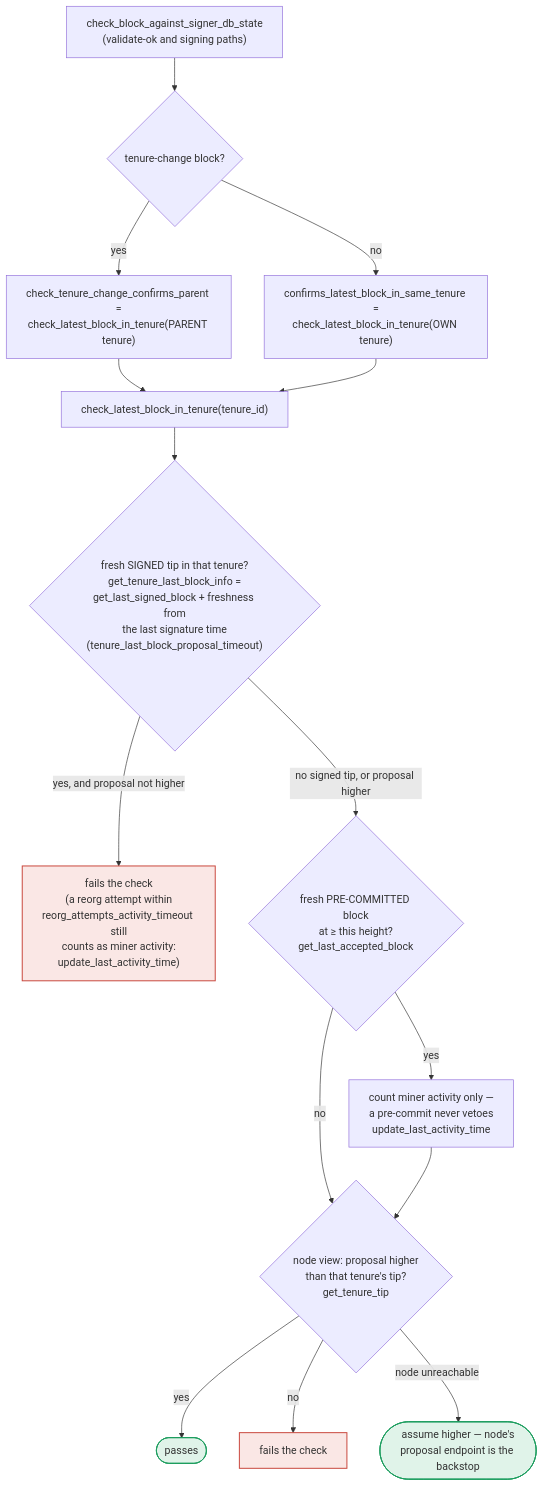
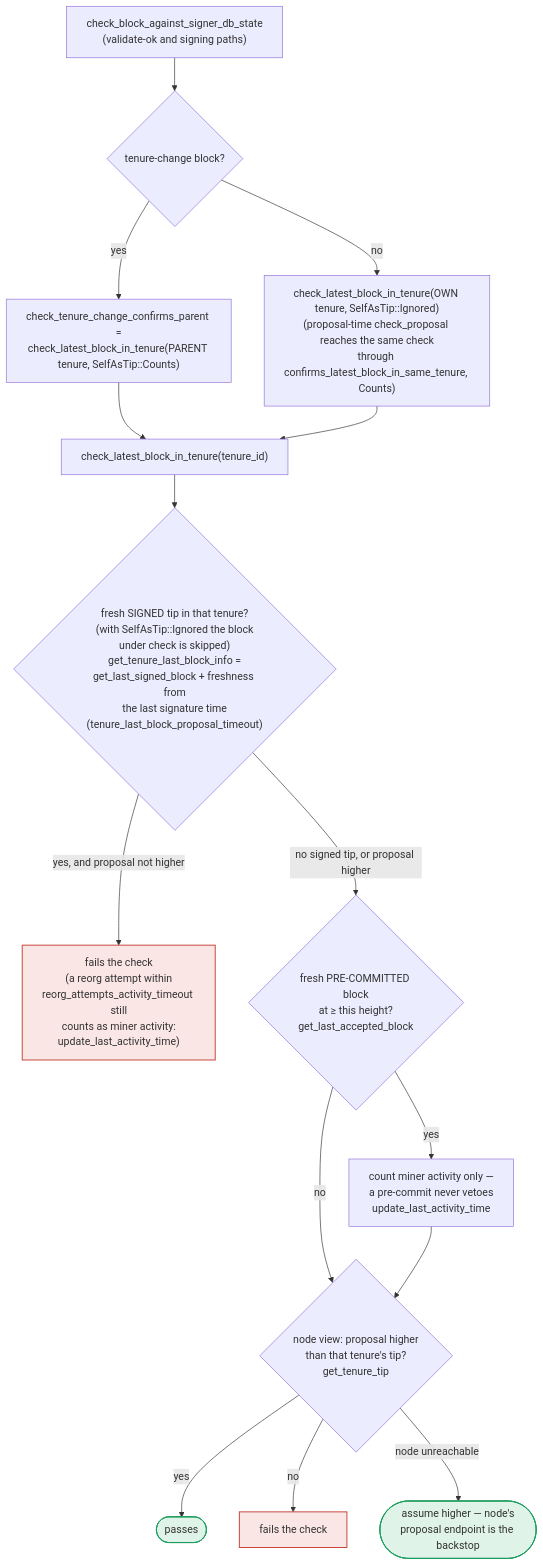
One commit to stacks-network/stacks-core changed the eighth of 9 diagrams in docs/signer-flows.md. Above: the diagram before and after it, drawn with Mermaid. The commit also changed other lines of this file and 5 other files, not shown here.

Commit message:
fix(signer): let a late signer sign a group-signed block instead of rejecting it as a reorg of itself

````diff
--- a/docs/signer-flows.md
+++ b/docs/signer-flows.md
@@ -461,19 +472,19 @@
 ```mermaid
 flowchart TB
     IN["check_block_against_signer_db_state<br/>(validate-ok and signing paths)"] --> TC{"tenure-change block?"}
-    TC -- yes --> PARENT["check_tenure_change_confirms_parent =<br/>check_latest_block_in_tenure(PARENT tenure)"]
-    TC -- no --> SAME["confirms_latest_block_in_same_tenure =<br/>check_latest_block_in_tenure(OWN tenure)"]
+    TC -- yes --> PARENT["check_tenure_change_confirms_parent =<br/>check_latest_block_in_tenure(PARENT tenure, SelfAsTip::Counts)"]
+    TC -- no --> SAME["check_latest_block_in_tenure(OWN tenure, SelfAsTip::Ignored)<br/>(proposal-time check_proposal reaches the same check<br/>through confirms_latest_block_in_same_tenure, Counts)"]
     PARENT --> CLB
     SAME --> CLB["check_latest_block_in_tenure(tenure_id)"]
-    CLB --> LSB{"fresh SIGNED tip in that tenure?<br/>get_tenure_last_block_info =<br/>get_last_signed_block + freshness from<br/>the last signature time<br/>(tenure_last_block_proposal_timeout)"}
+    CLB --> LSB{"fresh SIGNED tip in that tenure?<br/>(with SelfAsTip::Ignored the block<br/>under check is skipped)<br/>get_tenure_last_block_info =<br/>get_last_signed_block + freshness from<br/>the last signature time<br/>(tenure_last_block_proposal_timeout)"}
     LSB -- "yes, and proposal not higher" --> RA["fails the check<br/>(a reorg attempt within<br/>reorg_attempts_activity_timeout still<br/>counts as miner activity:<br/>update_last_activity_time)"]:::bad
     LSB -- "no signed tip, or proposal higher" --> CARVE{"fresh PRE-COMMITTED block<br/>at ≥ this height?<br/>get_last_accepted_block"}
     CARVE -- yes --> ACT["count miner activity only —<br/>a pre-commit never vetoes<br/>update_last_activity_time"]
     CARVE -- no --> NODE
     ACT --> NODE{"node view: proposal higher<br/>than that tenure's tip?<br/>get_tenure_tip"}
     NODE -- yes --> OK(["passes"]):::good
     NODE -- no --> RB["fails the check"]:::bad
     NODE -- "node unreachable" --> OK2(["assume higher — node's<br/>proposal endpoint is the backstop"]):::good
     classDef good fill:#17a45c22,stroke:#1d9d5f,stroke-width:1.5px;
     classDef bad fill:#d84a3f22,stroke:#c9473d,stroke-width:1.5px;
 ```
````
